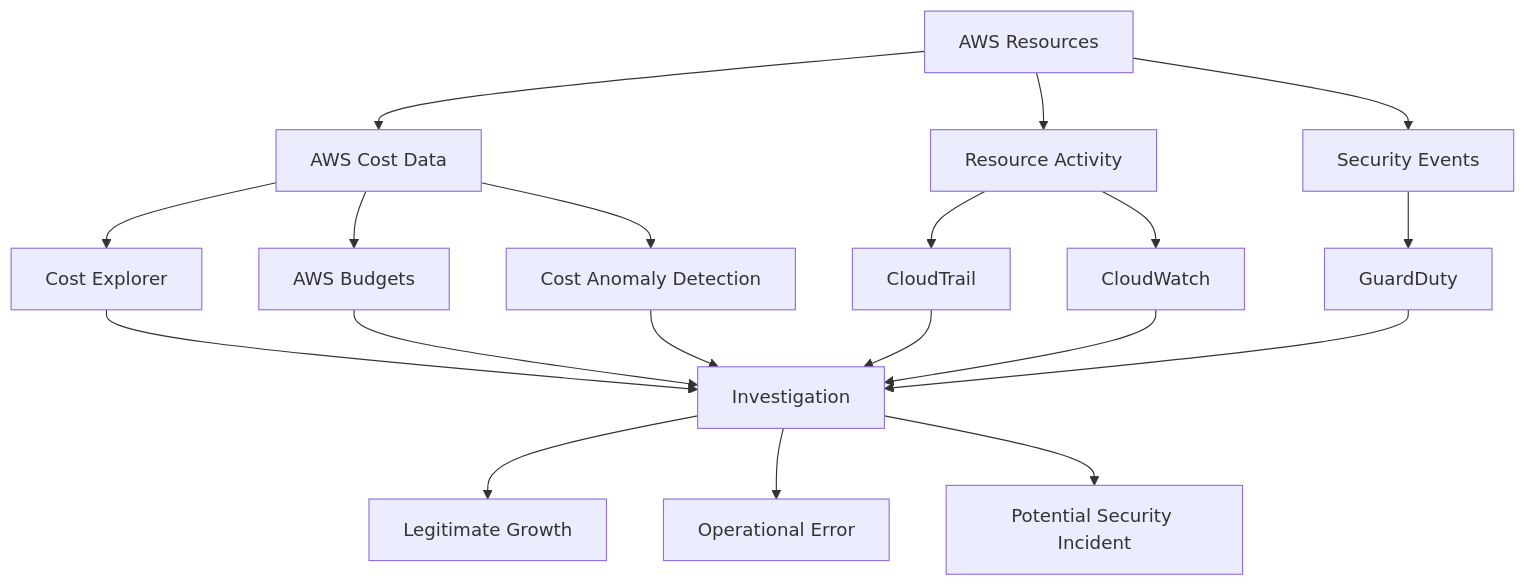
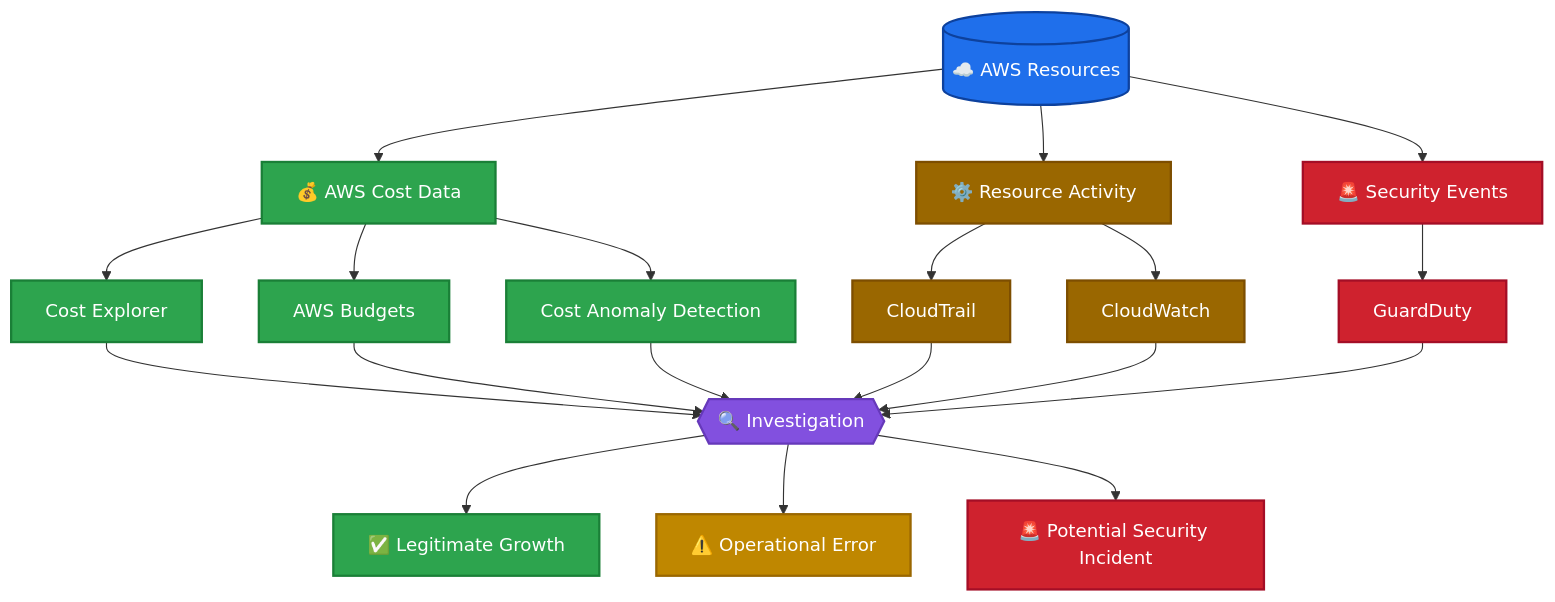
The diagram in 01 - AWS Cloud Cost Intelligence.md (mbeeudo/-oakforge-aws-cloud-transformation), drawn with Mermaid before and after one commit. The commit also changed other lines of this file, not shown here.

````diff
--- a/01 - AWS Cloud Cost Intelligence.md
+++ b/01 - AWS Cloud Cost Intelligence.md
@@ -32,26 +55,44 @@
 ```mermaid
 flowchart TD
-    A[AWS Resources] --> B[AWS Cost Data]
-    A --> C[Resource Activity]
-    A --> D[Security Events]
+    A[("☁️ AWS Resources")] --> B["💰 AWS Cost Data"]
+    A --> C["⚙️ Resource Activity"]
+    A --> D["🚨 Security Events"]
 
-    B --> E[Cost Explorer]
-    B --> F[AWS Budgets]
-    B --> G[Cost Anomaly Detection]
+    B --> E["Cost Explorer"]
+    B --> F["AWS Budgets"]
+    B --> G["Cost Anomaly Detection"]
 
-    C --> H[CloudTrail]
-    C --> I[CloudWatch]
+    C --> H["CloudTrail"]
+    C --> I["CloudWatch"]
 
-    D --> J[GuardDuty]
+    D --> J["GuardDuty"]
 
-    E --> K[Investigation]
+    E --> K{{"🔍 Investigation"}}
     F --> K
     G --> K
     H --> K
     I --> K
     J --> K
 
-    K --> L[Legitimate Growth]
-    K --> M[Operational Error]
-    K --> N[Potential Security Incident]
+    K --> L["✅ Legitimate Growth"]
+    K --> M["⚠️ Operational Error"]
+    K --> N["🚨 Potential Security Incident"]
+
+    classDef source fill:#1f6feb,stroke:#0d419d,color:#ffffff,stroke-width:2px
+    classDef cost fill:#2da44e,stroke:#1a7f37,color:#ffffff,stroke-width:2px
+    classDef ops fill:#9a6700,stroke:#7d4e00,color:#ffffff,stroke-width:2px
+    classDef sec fill:#cf222e,stroke:#a40e26,color:#ffffff,stroke-width:2px
+    classDef investigate fill:#8250df,stroke:#6639ba,color:#ffffff,stroke-width:2px
+    classDef good fill:#2da44e,stroke:#1a7f37,color:#ffffff,stroke-width:2px
+    classDef warn fill:#bf8700,stroke:#9a6700,color:#ffffff,stroke-width:2px
+    classDef bad fill:#cf222e,stroke:#a40e26,color:#ffffff,stroke-width:2px
+
+    class A source
+    class B,E,F,G cost
+    class C,H,I ops
+    class D,J sec
+    class K investigate
+    class L good
+    class M warn
+    class N bad
 ```
````
